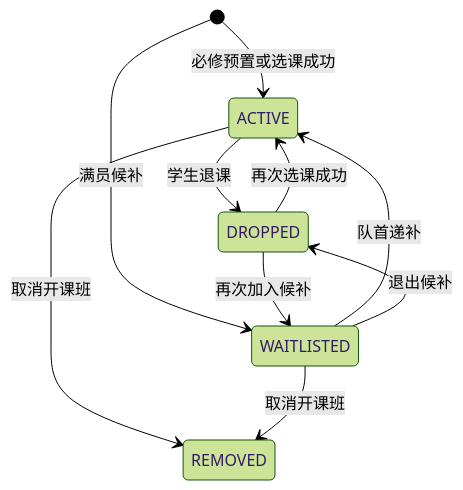
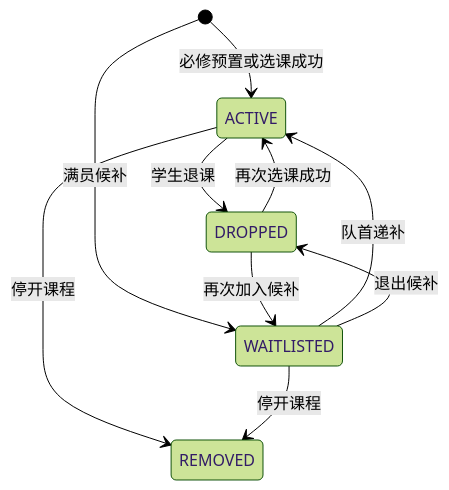
Before and after one commit to schenfune/homework2606: the second of 2 diagrams in course-reports/iconix-modeling.md, drawn with Mermaid (forest theme). The commit also changed other lines of this file and 10 other files, not shown here.

````diff
--- a/course-reports/iconix-modeling.md
+++ b/course-reports/iconix-modeling.md
@@ -102,12 +102,12 @@
 ```mermaid
 stateDiagram-v2
     [*] --> ACTIVE: 必修预置或选课成功
     [*] --> WAITLISTED: 满员候补
     WAITLISTED --> ACTIVE: 队首递补
     ACTIVE --> DROPPED: 学生退课
     WAITLISTED --> DROPPED: 退出候补
-    ACTIVE --> REMOVED: 取消开课班
-    WAITLISTED --> REMOVED: 取消开课班
+    ACTIVE --> REMOVED: 停开课程
+    WAITLISTED --> REMOVED: 停开课程
     DROPPED --> ACTIVE: 再次选课成功
     DROPPED --> WAITLISTED: 再次加入候补
 ```
````
